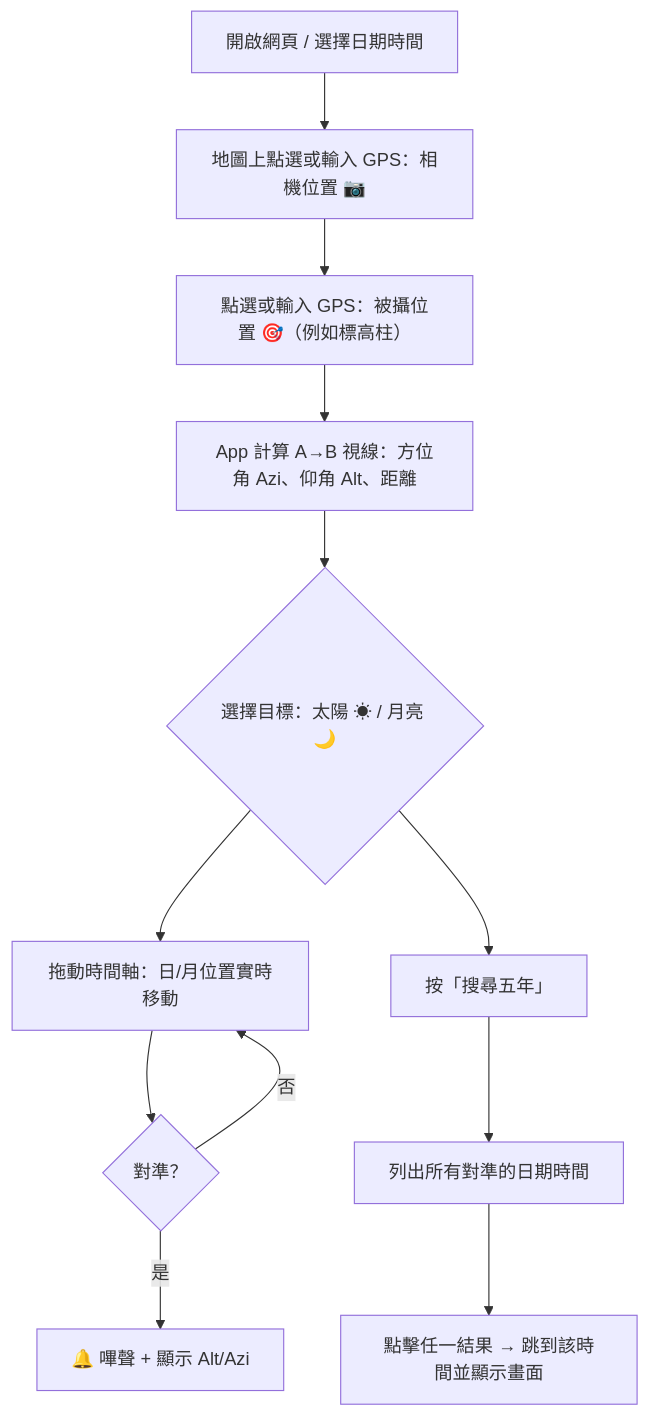
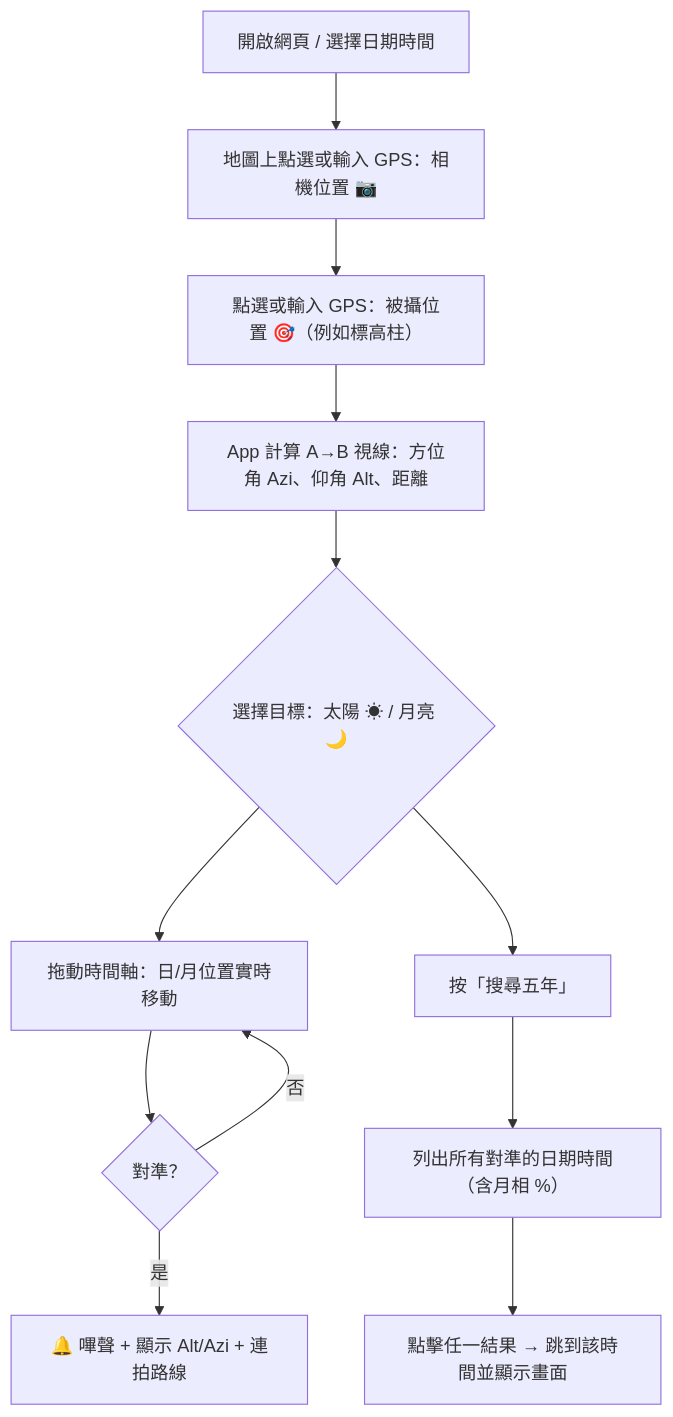
Before and after one commit to inchinet/sun-moon-trail: the first of 2 diagrams in README.md, drawn with Mermaid. The commit also changed other lines of this file and 1 other file, not shown here.

````diff
--- a/README.md
+++ b/README.md
@@ -78,14 +73,14 @@
 ```mermaid
 flowchart TD
     A["開啟網頁 / 選擇日期時間"] --> B["地圖上點選或輸入 GPS：相機位置 📷"]
     B --> C["點選或輸入 GPS：被攝位置 🎯（例如標高柱）"]
     C --> D["App 計算 A→B 視線：方位角 Azi、仰角 Alt、距離"]
     D --> E{"選擇目標：太陽 ☀ / 月亮 🌙"}
     E --> F["拖動時間軸：日/月位置實時移動"]
     F --> G{"對準？"}
-    G -- "是" --> H["🔔 嗶聲 + 顯示 Alt/Azi"]
+    G -- "是" --> H["🔔 嗶聲 + 顯示 Alt/Azi + 連拍路線"]
     G -- "否" --> F
     E --> I["按「搜尋五年」"]
-    I --> J["列出所有對準的日期時間"]
+    I --> J["列出所有對準的日期時間（含月相 %）"]
     J --> K["點擊任一結果 → 跳到該時間並顯示畫面"]
 ```
````
